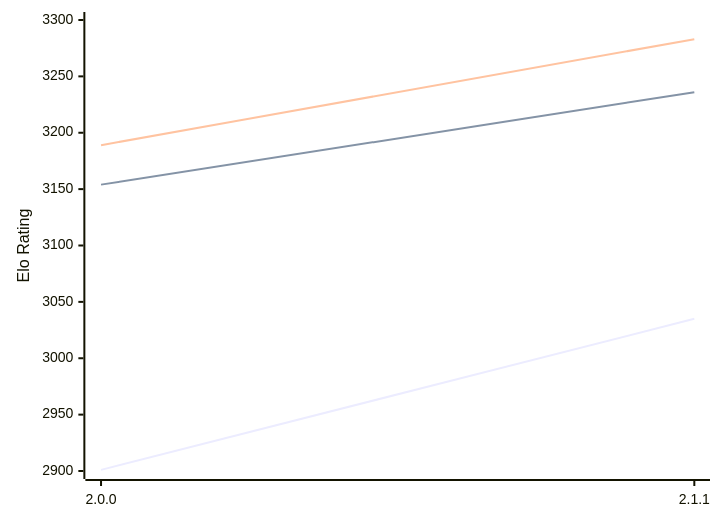
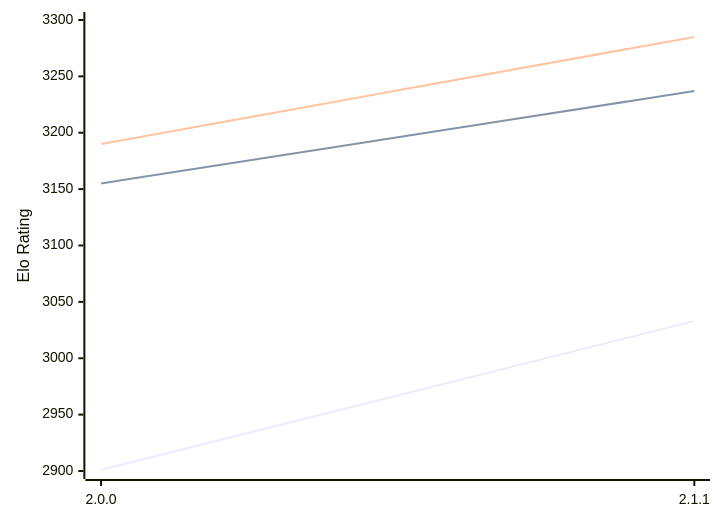
The diagram in engines/Bread.md (computer-chess-index/cci), drawn with Mermaid before and after one commit. The commit also changed other lines of this file, not shown here.

Commit message:
Update CCI Ratings (ELO VLTC) - 2026-02-13

````diff
--- a/engines/Bread.md
+++ b/engines/Bread.md
@@ -47,9 +47,9 @@
 ```mermaid
 %%{init: {"theme":"base","themeVariables":{"seriesColors:['#a3a3a3','#222221','#faa371']}}}%%
 xychart-beta
   x-axis ["2.0.0", "2.1.1"]
   y-axis "Elo Rating" 2900 --> 3300
-  line "STC (8.0+0.08s)" [2901, 3035]
-  line "LTC (60.0+0.60s)" [3154, 3236]
-  line "VLTC (2m24s+1.12s)" [3189, 3283]
+  line "STC (8.0+0.08s)" [2901, 3033]
+  line "LTC (60.0+0.60s)" [3155, 3237]
+  line "VLTC (2m24s+1.12s)" [3190, 3285]
 ```
````
